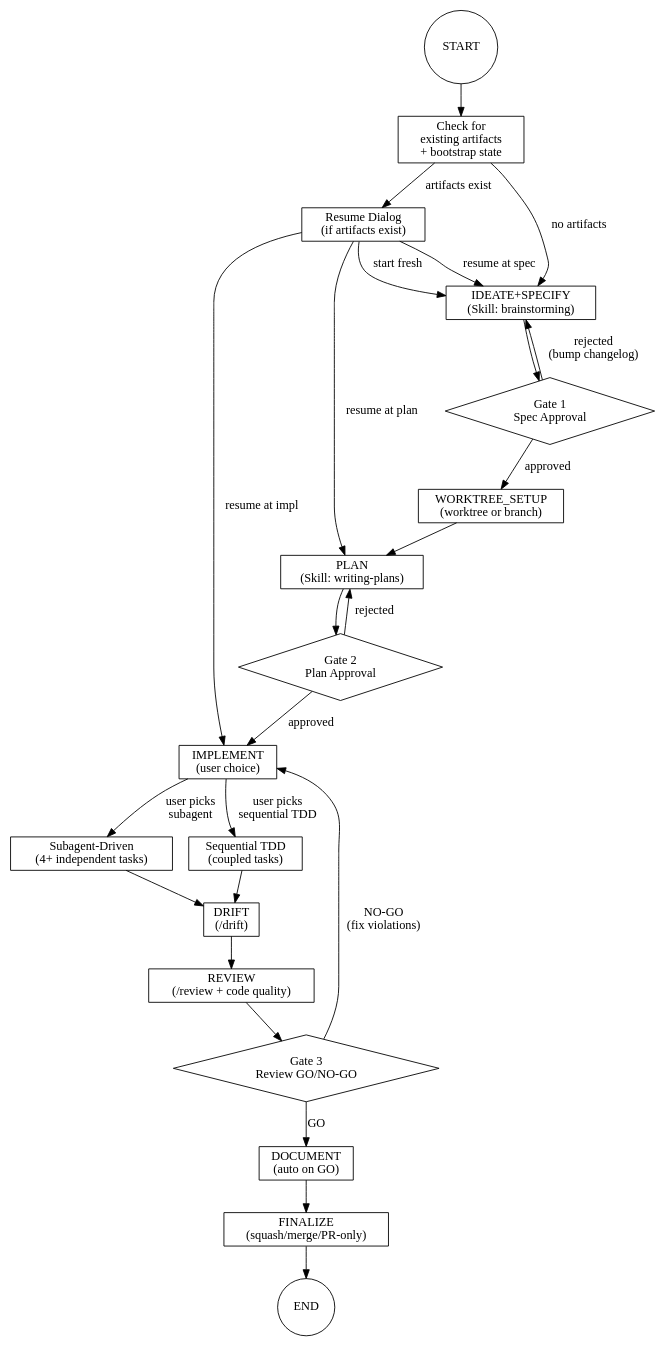
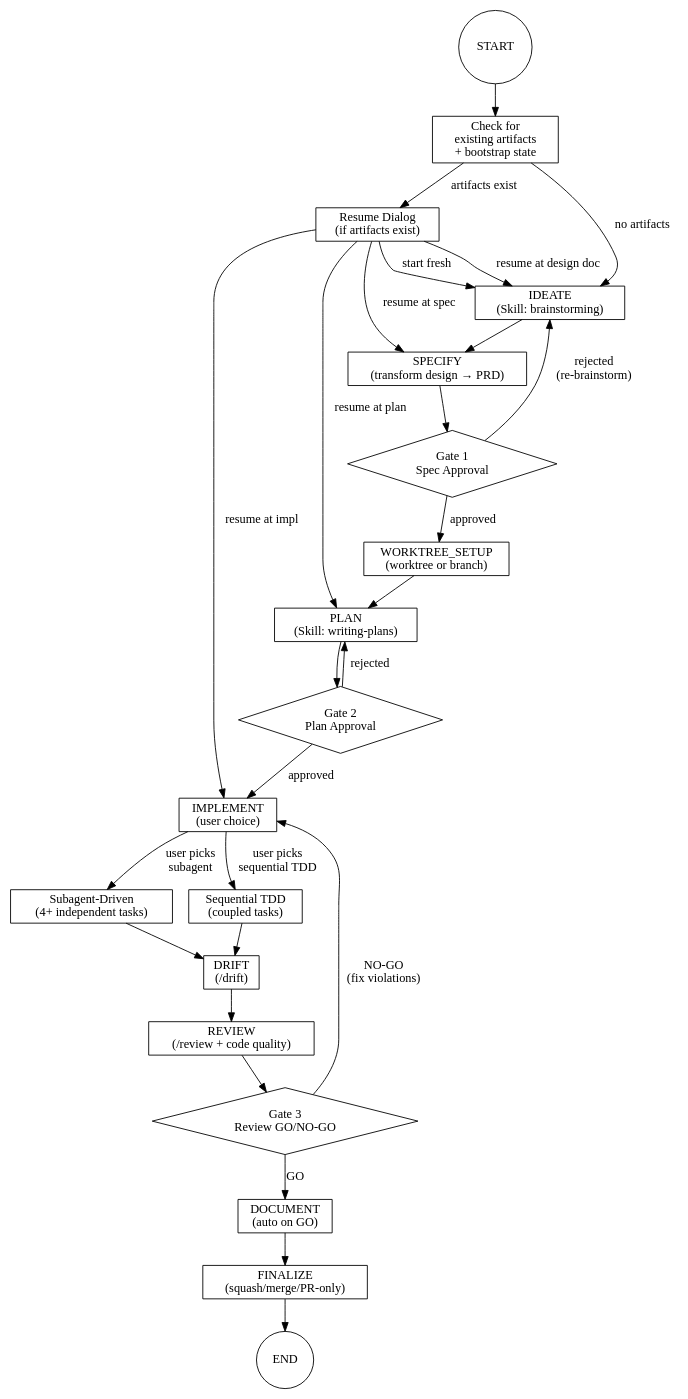
Before and after one commit to mareurs/claude-plugins: the diagram in sdd/skills/sdd-flow/SKILL.md, drawn with Graphviz. The commit also changed other lines of this file and 2 other files, not shown here.

First line of the commit message:
refactor(sdd-flow): make superpowers skills actually invoked via lean dispatcher pattern

````diff
--- a/sdd/skills/sdd-flow/SKILL.md
+++ b/sdd/skills/sdd-flow/SKILL.md
@@ -30,49 +30,52 @@
 ```dot
 digraph sdd_flow {
     rankdir=TB;
     node [shape=box];
 
     START [shape=circle, label="START"];
     RESUME_CHECK [label="Check for\nexisting artifacts\n+ bootstrap state"];
     RESUME_DIALOG [label="Resume Dialog\n(if artifacts exist)"];
-    IDEATE [label="IDEATE+SPECIFY\n(Skill: brainstorming)"];
+    IDEATE [label="IDEATE\n(Skill: brainstorming)"];
+    SPECIFY [label="SPECIFY\n(transform design → PRD)"];
     GATE1 [shape=diamond, label="Gate 1\nSpec Approval"];
     WORKTREE_SETUP [label="WORKTREE_SETUP\n(worktree or branch)"];
     PLAN [label="PLAN\n(Skill: writing-plans)"];
     GATE2 [shape=diamond, label="Gate 2\nPlan Approval"];
     IMPLEMENT [label="IMPLEMENT\n(user choice)"];
     IMPLEMENT_SUBAGENT [label="Subagent-Driven\n(4+ independent tasks)"];
     IMPLEMENT_TDD [label="Sequential TDD\n(coupled tasks)"];
     DRIFT [label="DRIFT\n(/drift)"];
     REVIEW [label="REVIEW\n(/review + code quality)"];
     GATE3 [shape=diamond, label="Gate 3\nReview GO/NO-GO"];
     DOCUMENT [label="DOCUMENT\n(auto on GO)"];
     FINALIZE [label="FINALIZE\n(squash/merge/PR-only)"];
     END [shape=circle, label="END"];
 
     START -> RESUME_CHECK;
     RESUME_CHECK -> RESUME_DIALOG [label="artifacts exist"];
     RESUME_CHECK -> IDEATE [label="no artifacts"];
     RESUME_DIALOG -> IDEATE [label="start fresh"];
-    RESUME_DIALOG -> IDEATE [label="resume at spec"];
+    RESUME_DIALOG -> IDEATE [label="resume at design doc"];
+    RESUME_DIALOG -> SPECIFY [label="resume at spec"];
     RESUME_DIALOG -> PLAN [label="resume at plan"];
     RESUME_DIALOG -> IMPLEMENT [label="resume at impl"];
-    IDEATE -> GATE1;
+    IDEATE -> SPECIFY;
+    SPECIFY -> GATE1;
     GATE1 -> WORKTREE_SETUP [label="approved"];
-    GATE1 -> IDEATE [label="rejected\n(bump changelog)"];
+    GATE1 -> IDEATE [label="rejected\n(re-brainstorm)"];
     WORKTREE_SETUP -> PLAN;
     PLAN -> GATE2;
     GATE2 -> IMPLEMENT [label="approved"];
     GATE2 -> PLAN [label="rejected"];
     IMPLEMENT -> IMPLEMENT_SUBAGENT [label="user picks\nsubagent"];
     IMPLEMENT -> IMPLEMENT_TDD [label="user picks\nsequential TDD"];
     IMPLEMENT_SUBAGENT -> DRIFT;
     IMPLEMENT_TDD -> DRIFT;
     DRIFT -> REVIEW;
     REVIEW -> GATE3;
     GATE3 -> DOCUMENT [label="GO"];
     GATE3 -> IMPLEMENT [label="NO-GO\n(fix violations)"];
     DOCUMENT -> FINALIZE;
     FINALIZE -> END;
 }
 ```
````
